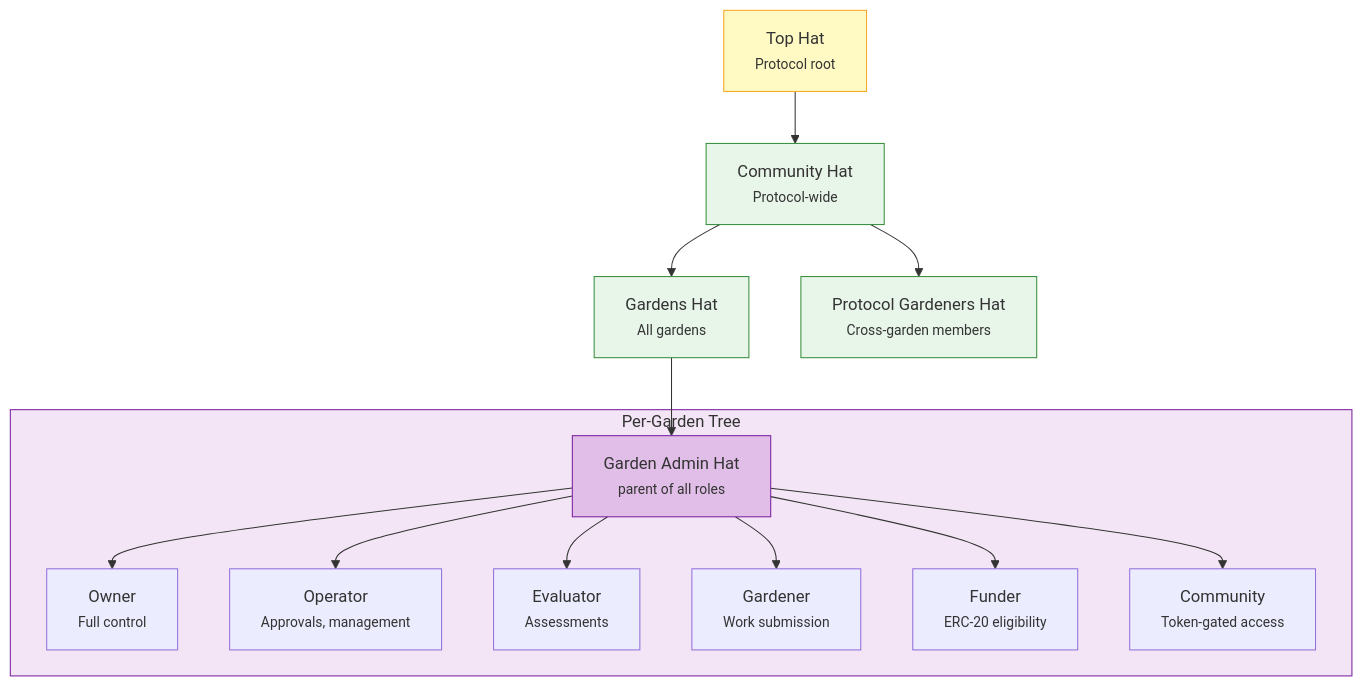
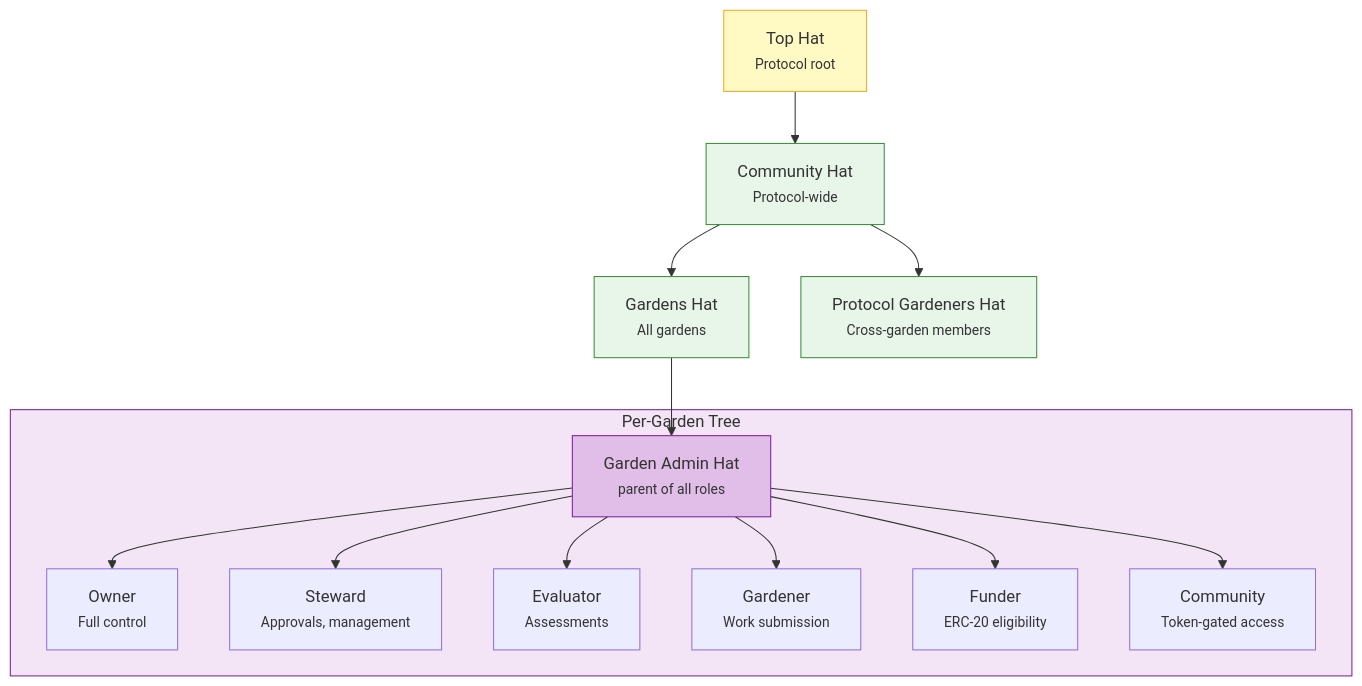
Before and after one commit to greenpill-dev-guild/green-goods: the third of 3 diagrams in docs/docs/builders/architecture/modular-approach.mdx, drawn with Mermaid. The commit also changed other lines of this file and 447 other files, not shown here.

````diff
--- a/docs/docs/builders/architecture/modular-approach.mdx
+++ b/docs/docs/builders/architecture/modular-approach.mdx
@@ -138,35 +138,35 @@
 ```mermaid
 graph TD
     TH["Top Hat<br/><small>Protocol root</small>"]
     CH["Community Hat<br/><small>Protocol-wide</small>"]
     GH["Gardens Hat<br/><small>All gardens</small>"]
     PG["Protocol Gardeners Hat<br/><small>Cross-garden members</small>"]
 
     subgraph GardenTree["Per-Garden Tree"]
         Admin["Garden Admin Hat<br/><small>parent of all roles</small>"]
         Owner["Owner<br/><small>Full control</small>"]
-        Operator["Operator<br/><small>Approvals, management</small>"]
+        Steward["Steward<br/><small>Approvals, management</small>"]
         Evaluator["Evaluator<br/><small>Assessments</small>"]
         Gardener["Gardener<br/><small>Work submission</small>"]
         Funder["Funder<br/><small>ERC-20 eligibility</small>"]
         Community["Community<br/><small>Token-gated access</small>"]
     end
 
     TH --> CH
     CH --> GH
     CH --> PG
     GH --> Admin
     Admin --> Owner
-    Admin --> Operator
+    Admin --> Steward
     Admin --> Evaluator
     Admin --> Gardener
     Admin --> Funder
     Admin --> Community
 
     style TH fill:#fff9c4,stroke:#f9a825
     style CH fill:#e8f5e9,stroke:#388e3c
     style GH fill:#e8f5e9,stroke:#388e3c
     style PG fill:#e8f5e9,stroke:#388e3c
     style GardenTree fill:#f3e5f5,stroke:#7b1fa2
     style Admin fill:#e1bee7,stroke:#7b1fa2
 ```
````
